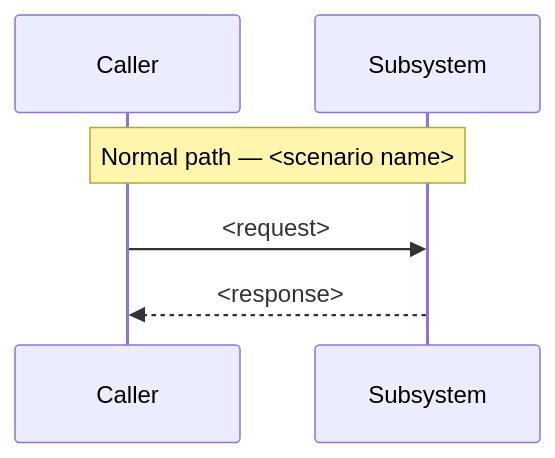
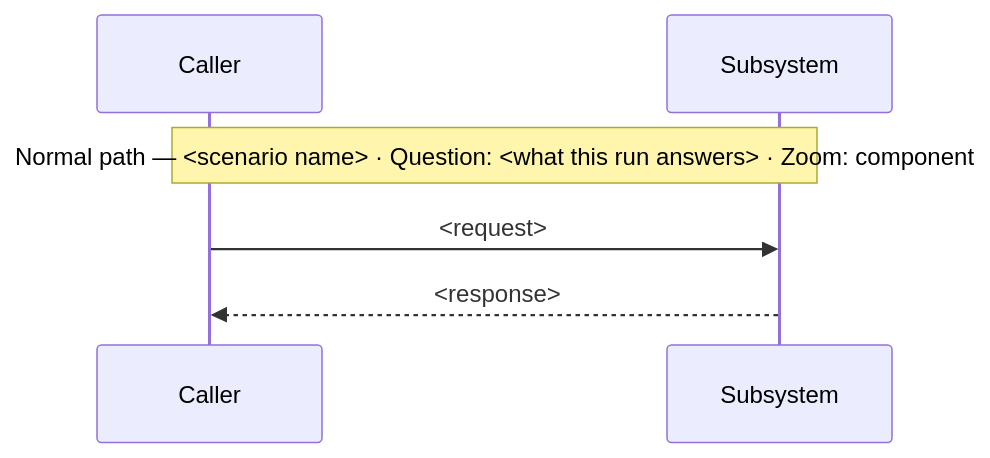
Before and after one commit to eugenelim/agent-ready-repo: the third of 4 diagrams in packs/architect/.apm/skills/architect-design/assets/subsystem-design.md, drawn with Mermaid. The commit also changed other lines of this file and 24 other files, not shown here.

````diff
--- a/packs/architect/.apm/skills/architect-design/assets/subsystem-design.md
+++ b/packs/architect/.apm/skills/architect-design/assets/subsystem-design.md
@@ -86,8 +88,8 @@
 ```mermaid
 sequenceDiagram
     participant Caller
     participant Subsystem
-    Note over Caller,Subsystem: Normal path — <scenario name>
+    Note over Caller,Subsystem: Normal path — <scenario name> · Question: <what this run answers> · Zoom: component
     Caller->>Subsystem: <request>
     Subsystem-->>Caller: <response>
 ```
````
